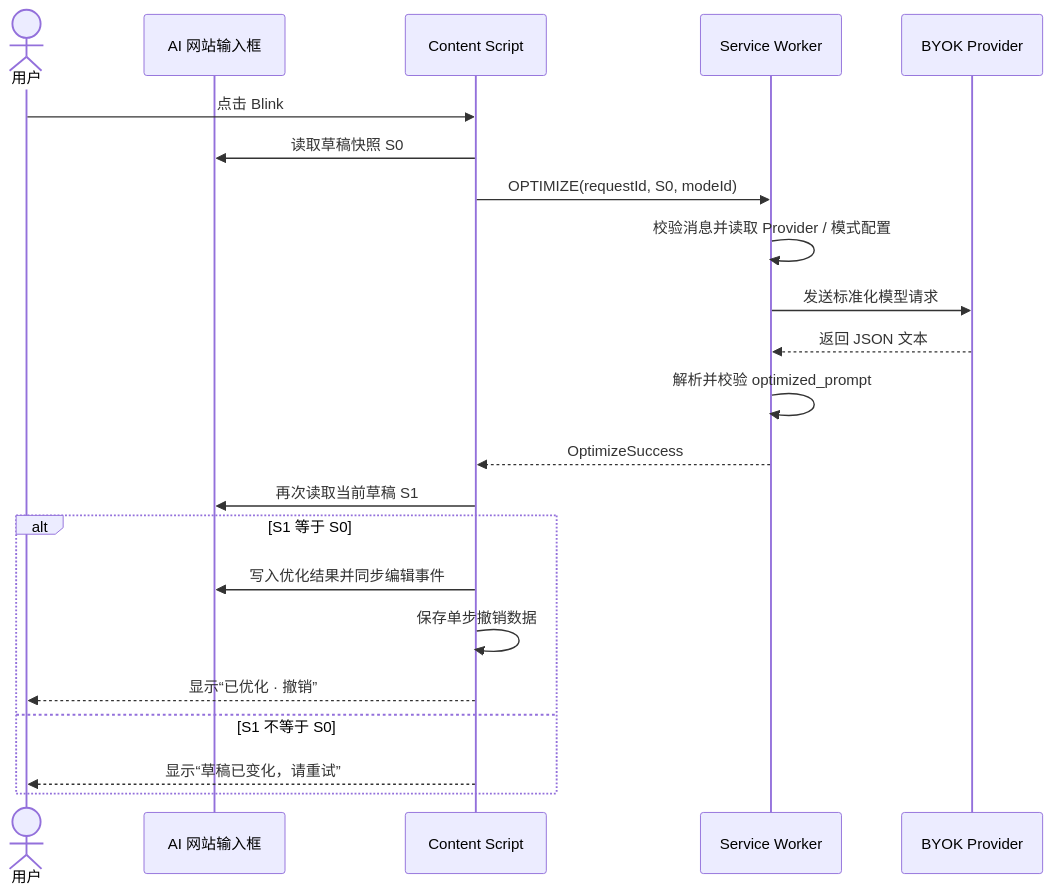
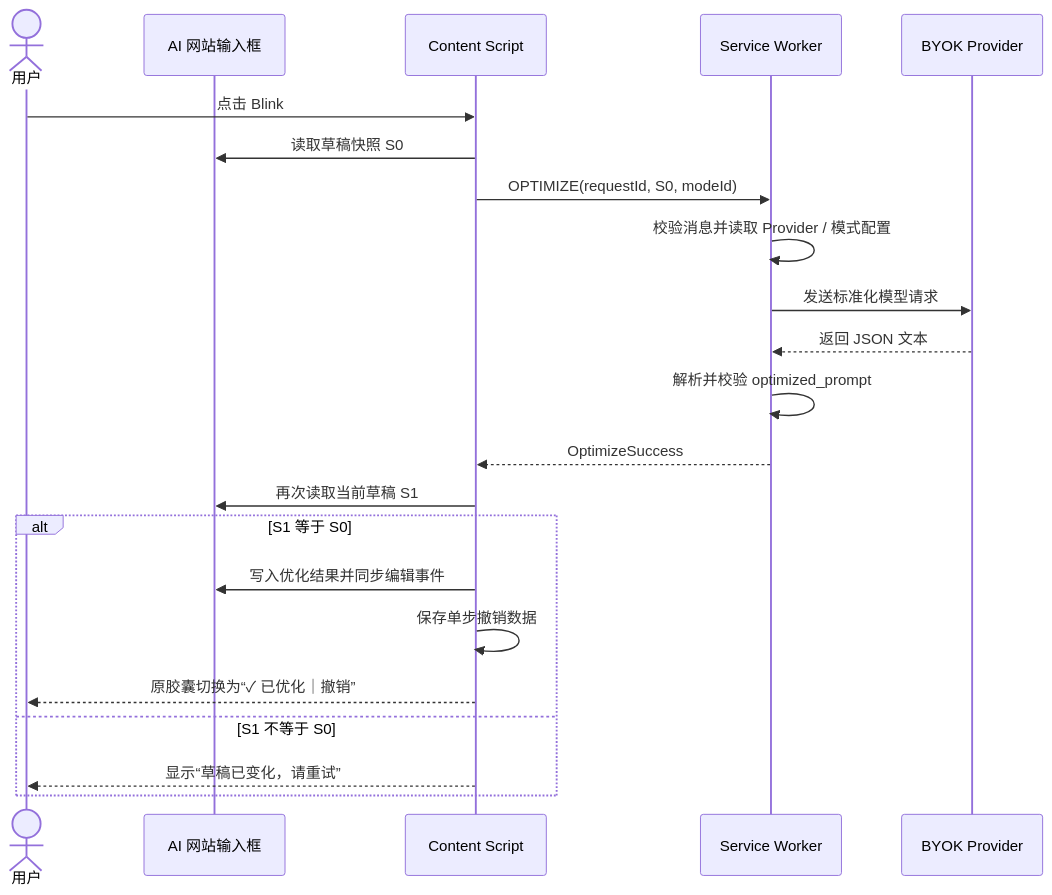
One commit to hexfeng/Blink changed the second of 6 diagrams in docs/INTERACTIONS.md. Above: the diagram before and after it, drawn with Mermaid. The commit also changed other lines of this file and 73 other files, not shown here.

````diff
--- a/docs/INTERACTIONS.md
+++ b/docs/INTERACTIONS.md
@@ -53,25 +53,25 @@
 ```mermaid
 sequenceDiagram
     actor User as 用户
     participant Editor as AI 网站输入框
     participant Content as Content Script
     participant Worker as Service Worker
     participant Provider as BYOK Provider
 
     User->>Content: 点击 Blink
     Content->>Editor: 读取草稿快照 S0
     Content->>Worker: OPTIMIZE(requestId, S0, modeId)
     Worker->>Worker: 校验消息并读取 Provider / 模式配置
     Worker->>Provider: 发送标准化模型请求
     Provider-->>Worker: 返回 JSON 文本
     Worker->>Worker: 解析并校验 optimized_prompt
     Worker-->>Content: OptimizeSuccess
     Content->>Editor: 再次读取当前草稿 S1
     alt S1 等于 S0
         Content->>Editor: 写入优化结果并同步编辑事件
         Content->>Content: 保存单步撤销数据
-        Content-->>User: 显示“已优化 · 撤销”
+        Content-->>User: 原胶囊切换为“✓ 已优化｜撤销”
     else S1 不等于 S0
         Content-->>User: 显示“草稿已变化，请重试”
     end
 ```
````
